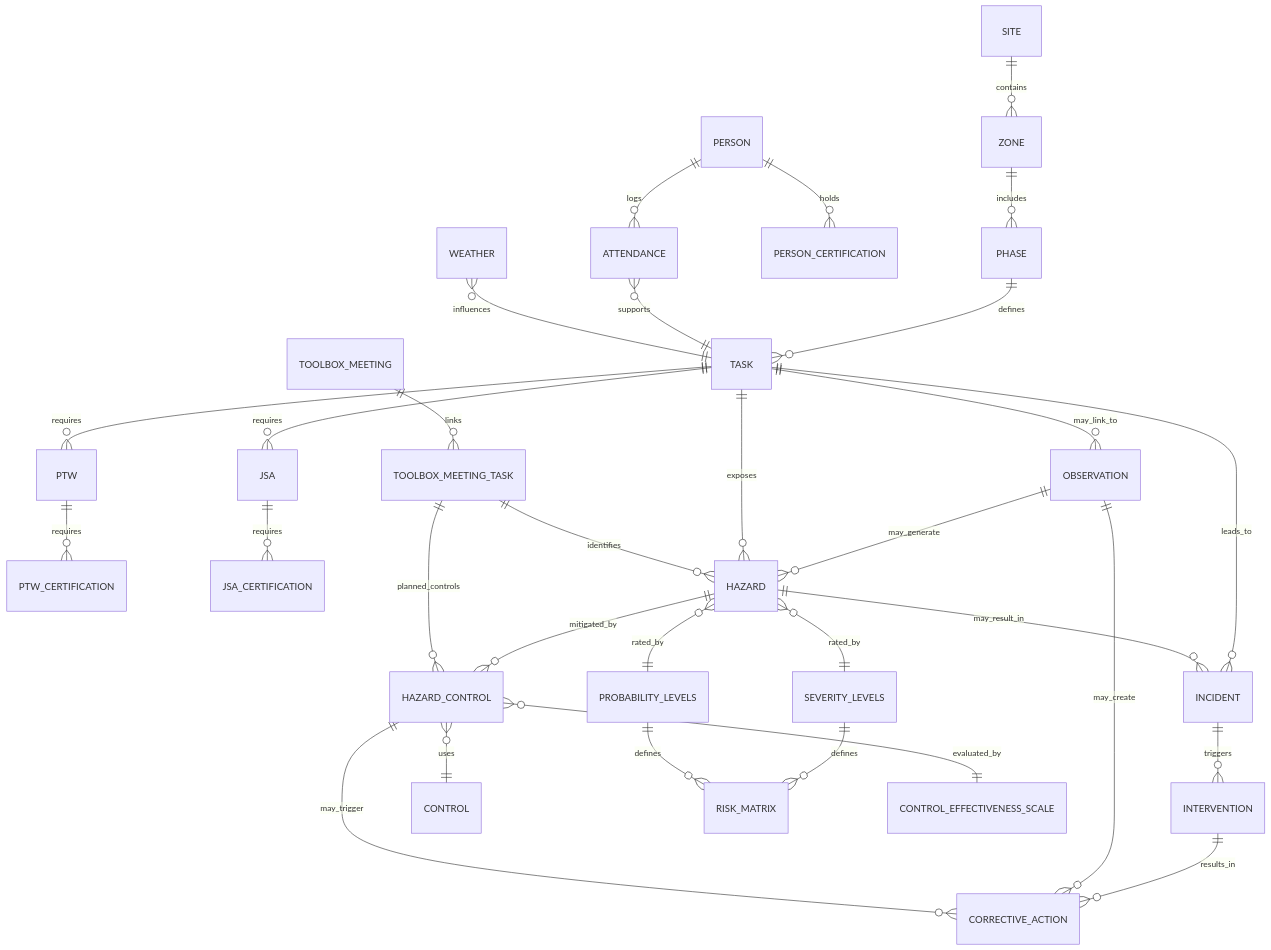
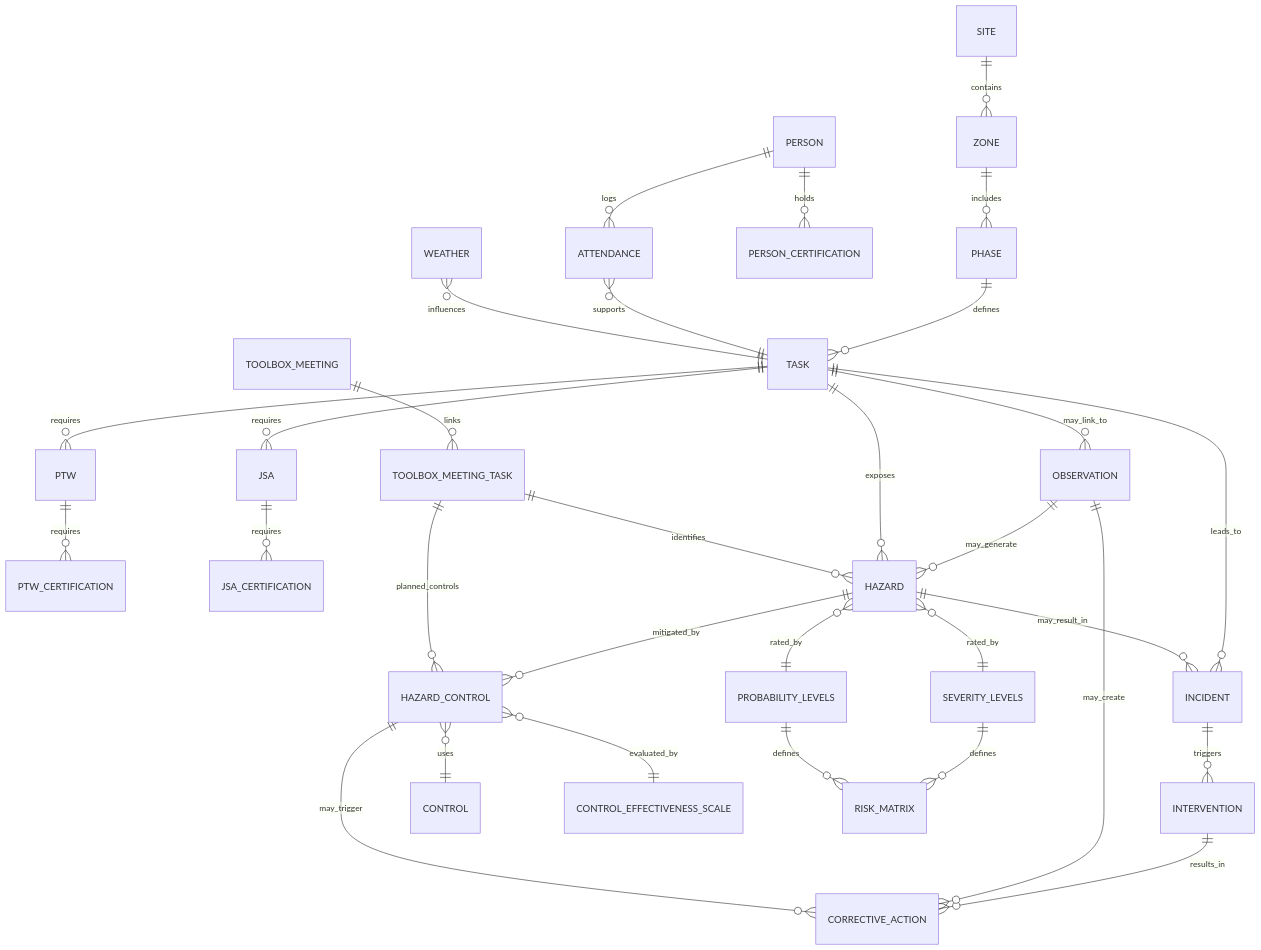
Before and after one commit to Euchie23/Euchie23: the second of 2 diagrams in README.md, drawn with Mermaid.

````diff
--- a/README.md
+++ b/README.md
@@ -129,44 +129,45 @@
 ```mermaid
 erDiagram
     SITE ||--o{ ZONE : contains
     ZONE ||--o{ PHASE : includes
     PHASE ||--o{ TASK : defines
 
     PERSON ||--o{ ATTENDANCE : logs
     ATTENDANCE }o--|| TASK : supports
 
     TASK ||--o{ PTW : requires
     TASK ||--o{ JSA : requires
 
     PERSON ||--o{ PERSON_CERTIFICATION : holds
     PTW ||--o{ PTW_CERTIFICATION : requires
     JSA ||--o{ JSA_CERTIFICATION : requires
 
     TASK ||--o{ INCIDENT : leads_to
     INCIDENT ||--o{ INTERVENTION : triggers
     INTERVENTION ||--o{ CORRECTIVE_ACTION : results_in
 
     TASK ||--o{ OBSERVATION  : may_link_to
     OBSERVATION ||--o{ HAZARD : may_generate
     OBSERVATION ||--o{ CORRECTIVE_ACTION : may_create
 
     TASK ||--o{ HAZARD : exposes
     HAZARD ||--o{ HAZARD_CONTROL : mitigated_by
     HAZARD_CONTROL }o--|| CONTROL : uses
+    HAZARD_CONTROL }o--|| CONTROL_EFFECTIVENESS_SCALE : evaluated_by
 
     HAZARD }o--|| SEVERITY_LEVELS : rated_by
     HAZARD }o--|| PROBABILITY_LEVELS : rated_by
     SEVERITY_LEVELS ||--o{ RISK_MATRIX : defines
     PROBABILITY_LEVELS ||--o{ RISK_MATRIX : defines
 
-    HAZARD_CONTROL }o--|| CONTROL_EFFECTIVENESS_SCALE : evaluated_by
+   
     HAZARD_CONTROL ||--o{ CORRECTIVE_ACTION : may_trigger
     HAZARD ||--o{ INCIDENT : may_result_in
 
 
     TOOLBOX_MEETING ||--o{ TOOLBOX_MEETING_TASK : links
     TOOLBOX_MEETING_TASK ||--o{ HAZARD : identifies
     TOOLBOX_MEETING_TASK ||--o{ HAZARD_CONTROL : planned_controls
 
     WEATHER }o--|| TASK : influences
 ```
````
